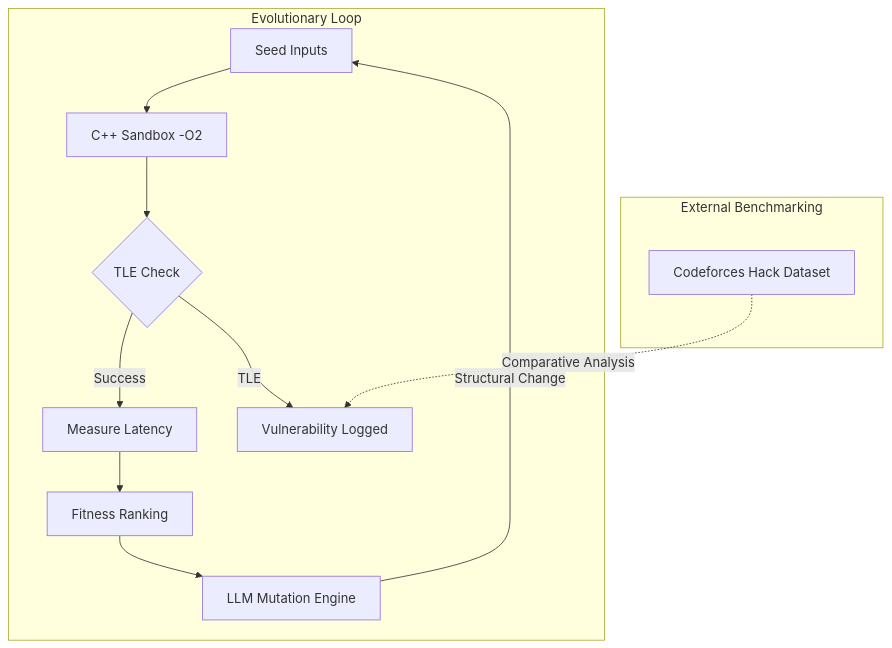
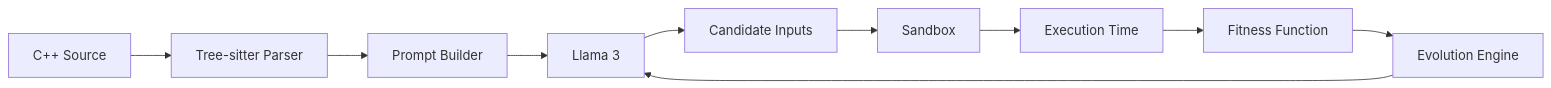
One commit to Sejal-hani/Auto-Hack-Evolutionary-LLM-Fuzzing-for-AlgoDoS changed the first of 3 diagrams in README.md. Above: the diagram before and after it, drawn with Mermaid. The commit also changed other lines of this file, not shown here.

````diff
--- a/README.md
+++ b/README.md
@@ -25,16 +87,12 @@
 ```mermaid
-graph TD
-    subgraph "Evolutionary Loop"
-    A[Seed Inputs] --> B[C++ Sandbox -O2]
-    B --> C{TLE Check}
-    C -->|Success| D[Measure Latency]
-    C -->|TLE| E[Vulnerability Logged]
-    D --> F[Fitness Ranking]
-    F --> G[LLM Mutation Engine]
-    G -->|Structural Change| A
-    end
-    
-    subgraph "External Benchmarking"
-    H[Codeforces Hack Dataset] -.->|Comparative Analysis| E
-    end
+flowchart LR
+    A[C++ Source] --> B[Tree-sitter Parser]
+    B --> C[Prompt Builder]
+    C --> D[Llama 3]
+    D --> E[Candidate Inputs]
+    E --> F[Sandbox]
+    F --> G[Execution Time]
+    G --> H[Fitness Function]
+    H --> I[Evolution Engine]
+    I --> D
 ```
````
